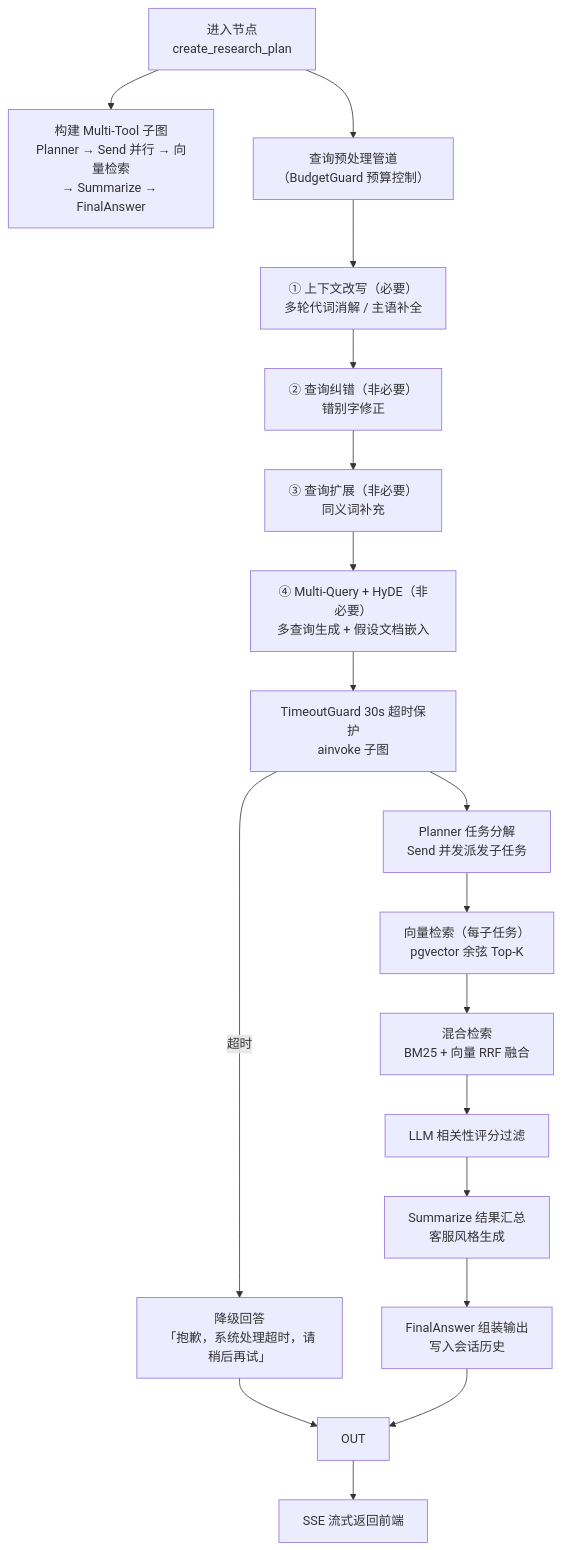
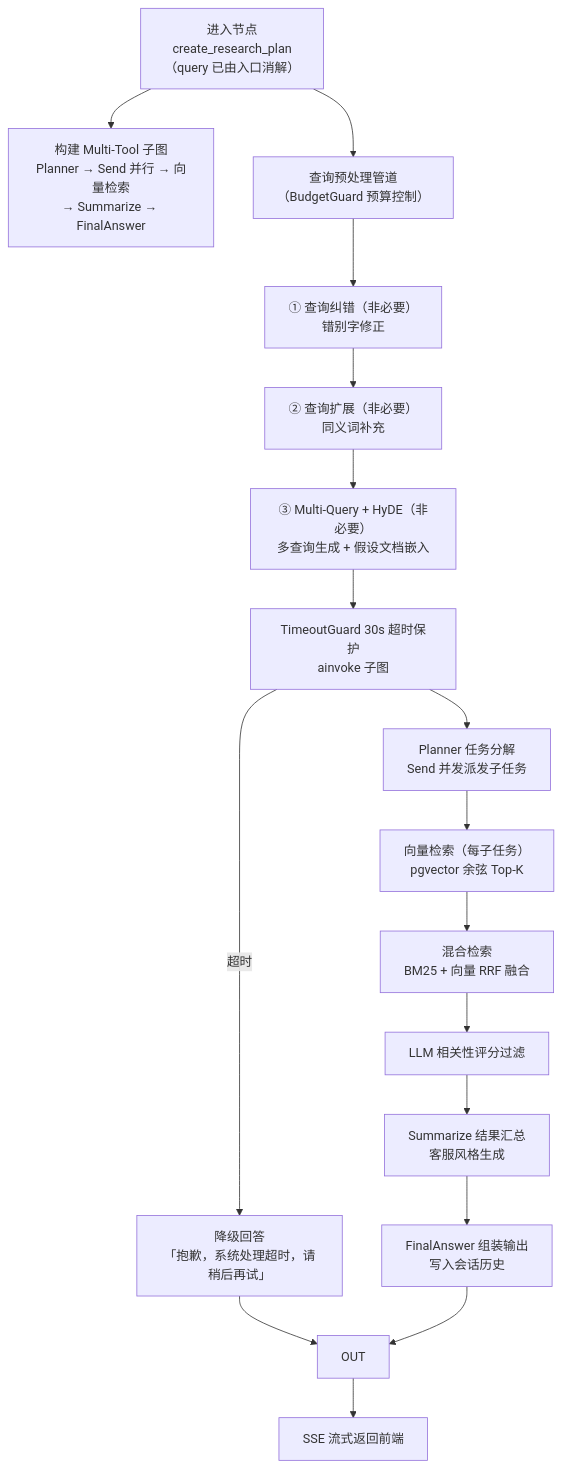
Diagram 11 of 14 in docs/PROJECT_ANALYSIS.md (blowt16/SmartCS-Agent), drawn with Mermaid before and after one commit. The commit also changed other lines of this file, not shown here.

````diff
--- a/docs/PROJECT_ANALYSIS.md
+++ b/docs/PROJECT_ANALYSIS.md
@@ -530,20 +549,19 @@
 ```mermaid
 flowchart TD
-    A["进入节点<br/>create_research_plan"] --> B["构建 Multi-Tool 子图<br/>Planner → Send 并行 → 向量检索<br/>→ Summarize → FinalAnswer"]
+    A["进入节点<br/>create_research_plan<br/>（query 已由入口消解）"] --> B["构建 Multi-Tool 子图<br/>Planner → Send 并行 → 向量检索<br/>→ Summarize → FinalAnswer"]
     A --> P["查询预处理管道<br/>（BudgetGuard 预算控制）"]
-    P --> P1["① 上下文改写（必要）<br/>多轮代词消解 / 主语补全"]
-    P1 --> P2["② 查询纠错（非必要）<br/>错别字修正"]
-    P2 --> P3["③ 查询扩展（非必要）<br/>同义词补充"]
-    P3 --> P4["④ Multi-Query + HyDE（非必要）<br/>多查询生成 + 假设文档嵌入"]
-    P4 --> R["TimeoutGuard 30s 超时保护<br/>ainvoke 子图"]
+    P --> P1["① 查询纠错（非必要）<br/>错别字修正"]
+    P1 --> P2["② 查询扩展（非必要）<br/>同义词补充"]
+    P2 --> P3["③ Multi-Query + HyDE（非必要）<br/>多查询生成 + 假设文档嵌入"]
+    P3 --> R["TimeoutGuard 30s 超时保护<br/>ainvoke 子图"]
     R --> S2["Planner 任务分解<br/>Send 并发派发子任务"]
     S2 --> S3["向量检索（每子任务）<br/>pgvector 余弦 Top-K"]
     S3 --> S4["混合检索<br/>BM25 + 向量 RRF 融合"]
     S4 --> S5["LLM 相关性评分过滤"]
     S5 --> S6["Summarize 结果汇总<br/>客服风格生成"]
     S6 --> S7["FinalAnswer 组装输出<br/>写入会话历史"]
     R -->|"超时"| S1B["降级回答<br/>「抱歉，系统处理超时，请稍后再试」"]
     S1B --> OUT
     S7 --> OUT
     OUT --> END["SSE 流式返回前端"]
 ```
````
